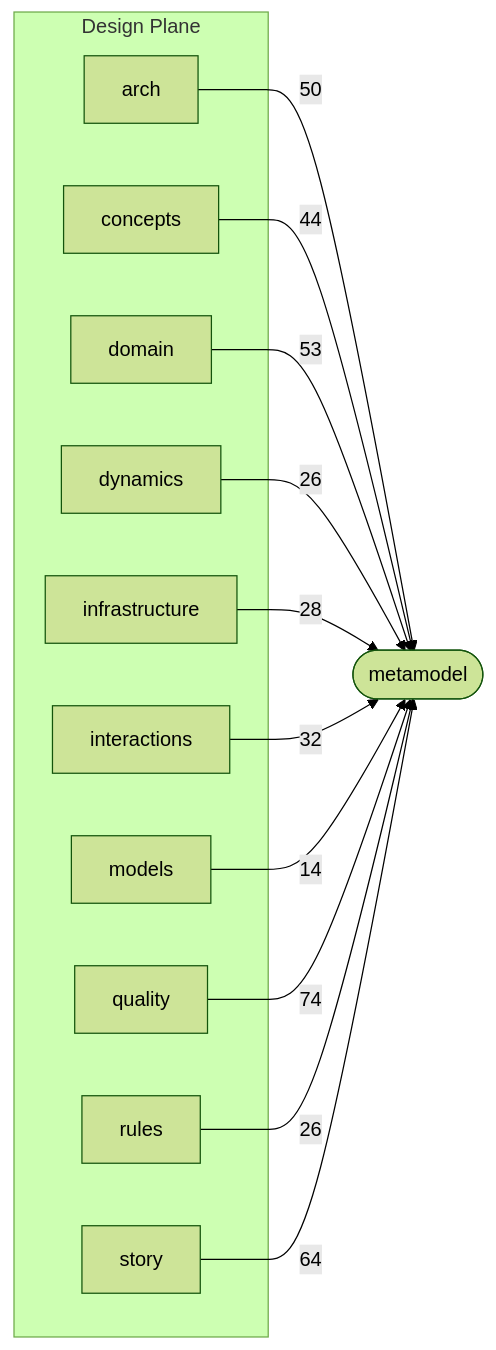
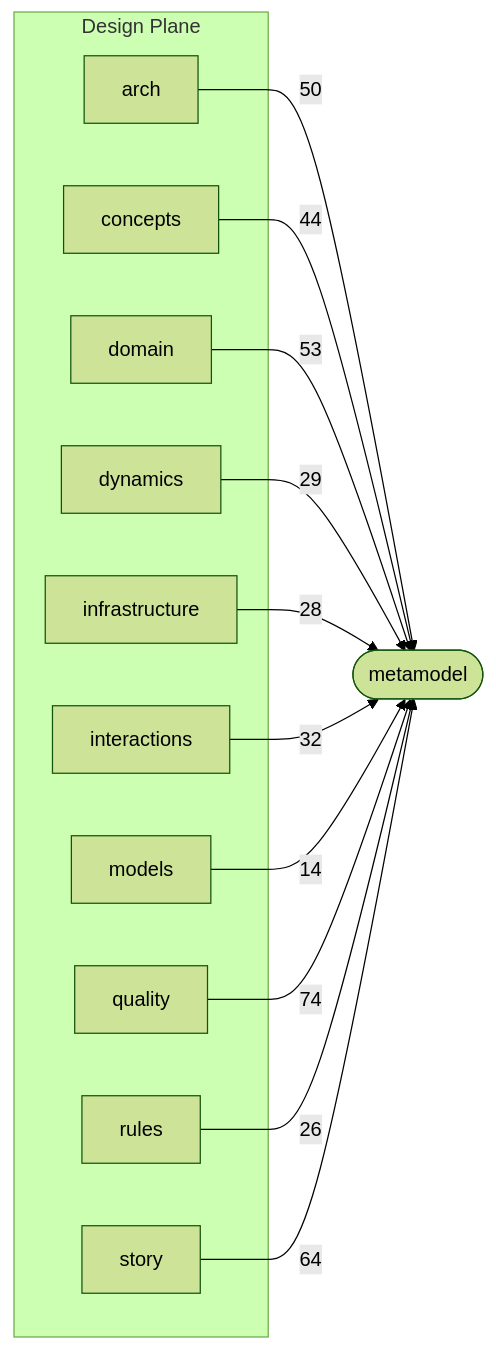
Before and after one commit to Archally/blueprint-schema: the second of 3 diagrams in docs/schema-atlas/v2.8/layer-map.md, drawn with Mermaid (forest theme). The commit also changed other lines of this file and 17 other files, not shown here.

First line of the commit message:
Blueprint Schema: the 2.8 line reaches 2.8.44

````diff
--- a/docs/schema-atlas/v2.8/layer-map.md
+++ b/docs/schema-atlas/v2.8/layer-map.md
@@ -93,26 +95,26 @@
 ```mermaid
 graph LR
     subgraph design_plane["Design Plane"]
         design_arch_schema_yaml["arch"]
         design_concepts_schema_yaml["concepts"]
         design_domain_schema_yaml["domain"]
         design_dynamics_schema_yaml["dynamics"]
         design_infrastructure_schema_yaml["infrastructure"]
         design_interactions_schema_yaml["interactions"]
         design_models_schema_yaml["models"]
         design_quality_schema_yaml["quality"]
         design_rules_schema_yaml["rules"]
         design_story_schema_yaml["story"]
     end
     metamodel_schema_yaml(["metamodel"])
     design_arch_schema_yaml -->|50| metamodel_schema_yaml
     design_concepts_schema_yaml -->|44| metamodel_schema_yaml
     design_domain_schema_yaml -->|53| metamodel_schema_yaml
-    design_dynamics_schema_yaml -->|26| metamodel_schema_yaml
+    design_dynamics_schema_yaml -->|29| metamodel_schema_yaml
     design_infrastructure_schema_yaml -->|28| metamodel_schema_yaml
     design_interactions_schema_yaml -->|32| metamodel_schema_yaml
     design_models_schema_yaml -->|14| metamodel_schema_yaml
     design_quality_schema_yaml -->|74| metamodel_schema_yaml
     design_rules_schema_yaml -->|26| metamodel_schema_yaml
     design_story_schema_yaml -->|64| metamodel_schema_yaml
 ```
````
